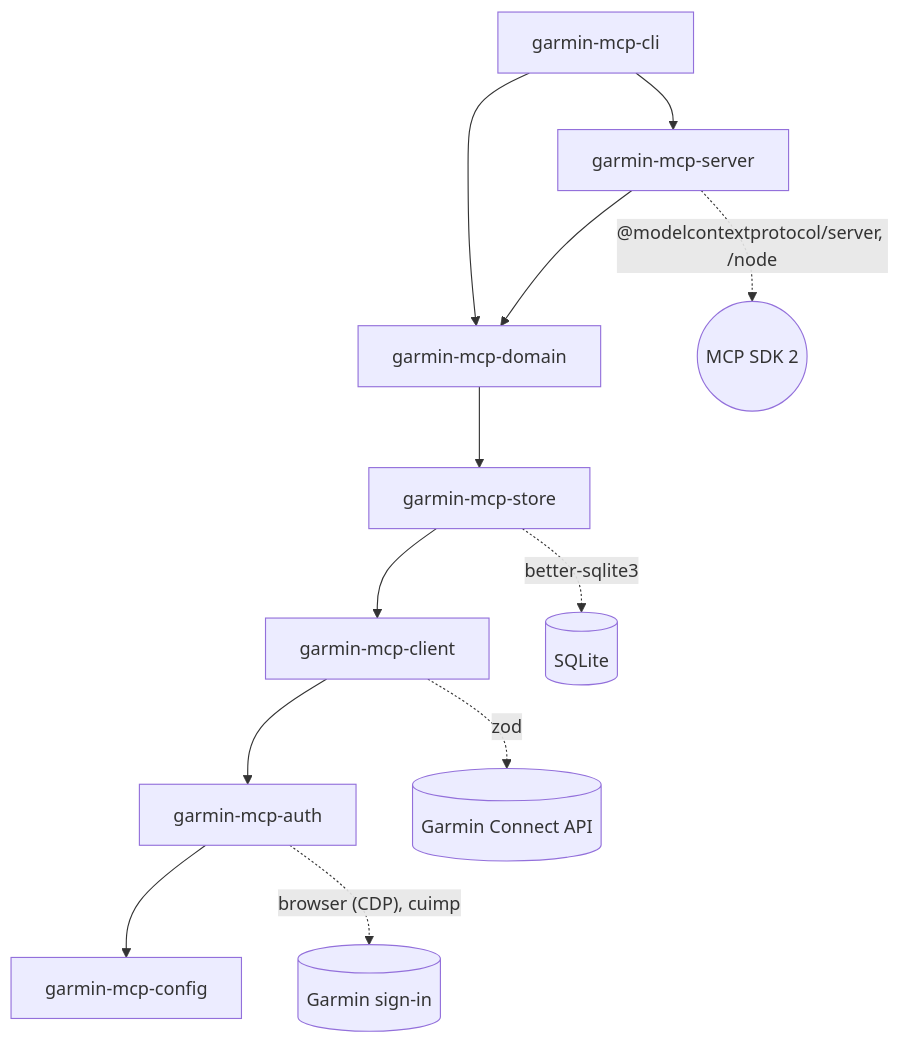
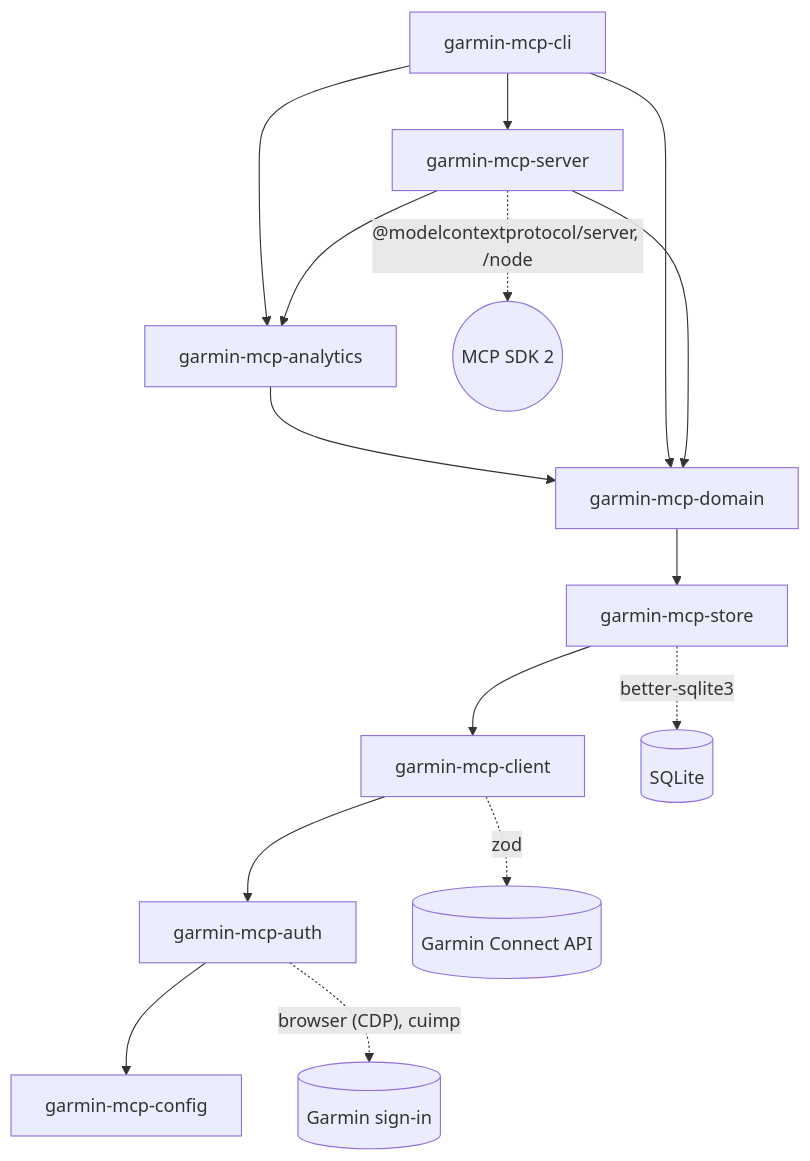
One commit to endurancetools/garmin-mcp changed the diagram in DEVELOPMENT.md. Above: the diagram before and after it, drawn with Mermaid. The commit also changed other lines of this file and 7 other files, not shown here.

````diff
--- a/DEVELOPMENT.md
+++ b/DEVELOPMENT.md
@@ -31,14 +32,17 @@
 ```mermaid
 flowchart TD
     cli[garmin-mcp-cli] --> server[garmin-mcp-server]
+    cli --> analytics
+    server --> analytics[garmin-mcp-analytics]
+    analytics --> domain
     cli --> domain
     server --> domain[garmin-mcp-domain]
     domain --> store[garmin-mcp-store]
     store --> client[garmin-mcp-client]
     client --> auth[garmin-mcp-auth]
     auth --> config[garmin-mcp-config]
     server -. "@modelcontextprotocol/server, /node" .-> mcp((MCP SDK 2))
     store -. better-sqlite3 .-> sqlite[(SQLite)]
     client -. zod .-> garmin[(Garmin Connect API)]
     auth -. "browser (CDP), cuimp" .-> sso[(Garmin sign-in)]
 ```
````
